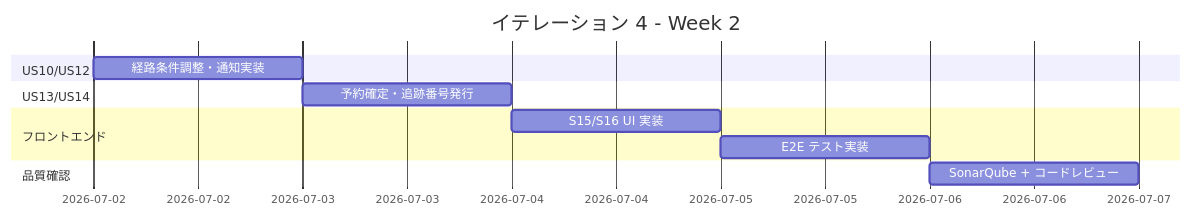
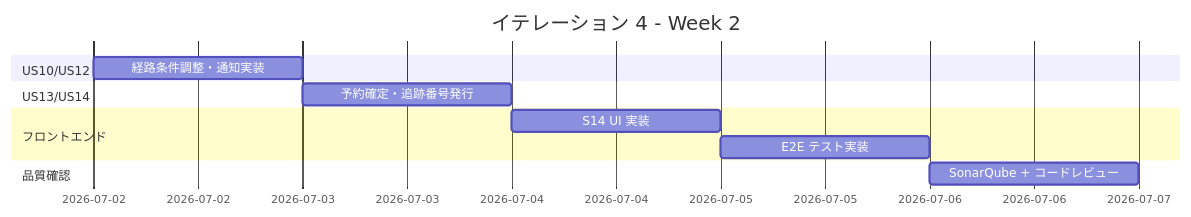
One commit to k2works/case-study-cargo-tracker changed the second of 2 diagrams in docs/development/iteration_plan-4.md. Above: the diagram before and after it, drawn with Mermaid. The commit also changed other lines of this file, not shown here.

````diff
--- a/docs/development/iteration_plan-4.md
+++ b/docs/development/iteration_plan-4.md
@@ -328,14 +329,14 @@
 ```mermaid
 gantt
     title イテレーション 4 - Week 2
     dateFormat  YYYY-MM-DD
     section US10/US12
     経路条件調整・通知実装      :a1, 2026-07-02, 1d
     section US13/US14
     予約確定・追跡番号発行      :a2, after a1, 1d
     section フロントエンド
-    S15/S16 UI 実装             :a3, after a2, 1d
+    S14 UI 実装                 :a3, after a2, 1d
     E2E テスト実装              :a4, after a3, 1d
     section 品質確認
     SonarQube + コードレビュー  :a5, after a4, 1d
 ```
````
